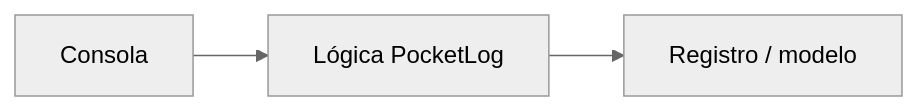
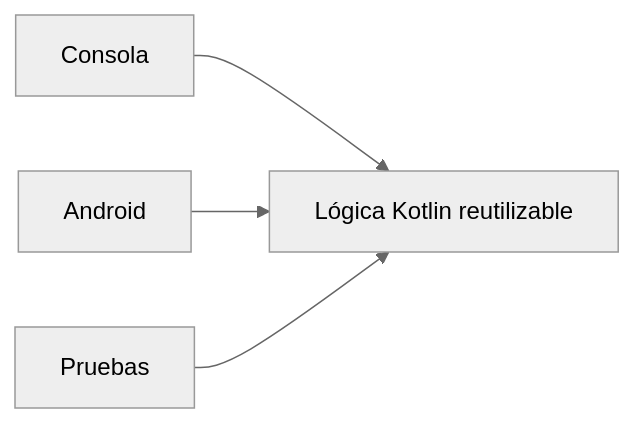
The diagram in docs/PROYECTO-FORMATIVO-TRANSVERSAL.md (cmartinezs/DSY1105-DESARROLLO-APLICACIONES-MOVILES-2026-2), drawn with Mermaid (neutral theme) before and after one commit. The commit also changed other lines of this file, not shown here.

Commit message:
docs: alinear PocketLog estrictamente al cronograma DSY1105

````diff
--- a/docs/PROYECTO-FORMATIVO-TRANSVERSAL.md
+++ b/docs/PROYECTO-FORMATIVO-TRANSVERSAL.md
@@ -249,5 +256,6 @@
 ```mermaid
 flowchart LR
-    CLI[Consola] --> LOGIC[Lógica PocketLog]
-    LOGIC --> MODEL[Registro / modelo]
+    C[Consola] --> K[Lógica Kotlin reutilizable]
+    A[Android] --> K
+    T[Pruebas] --> K
 ```
````
